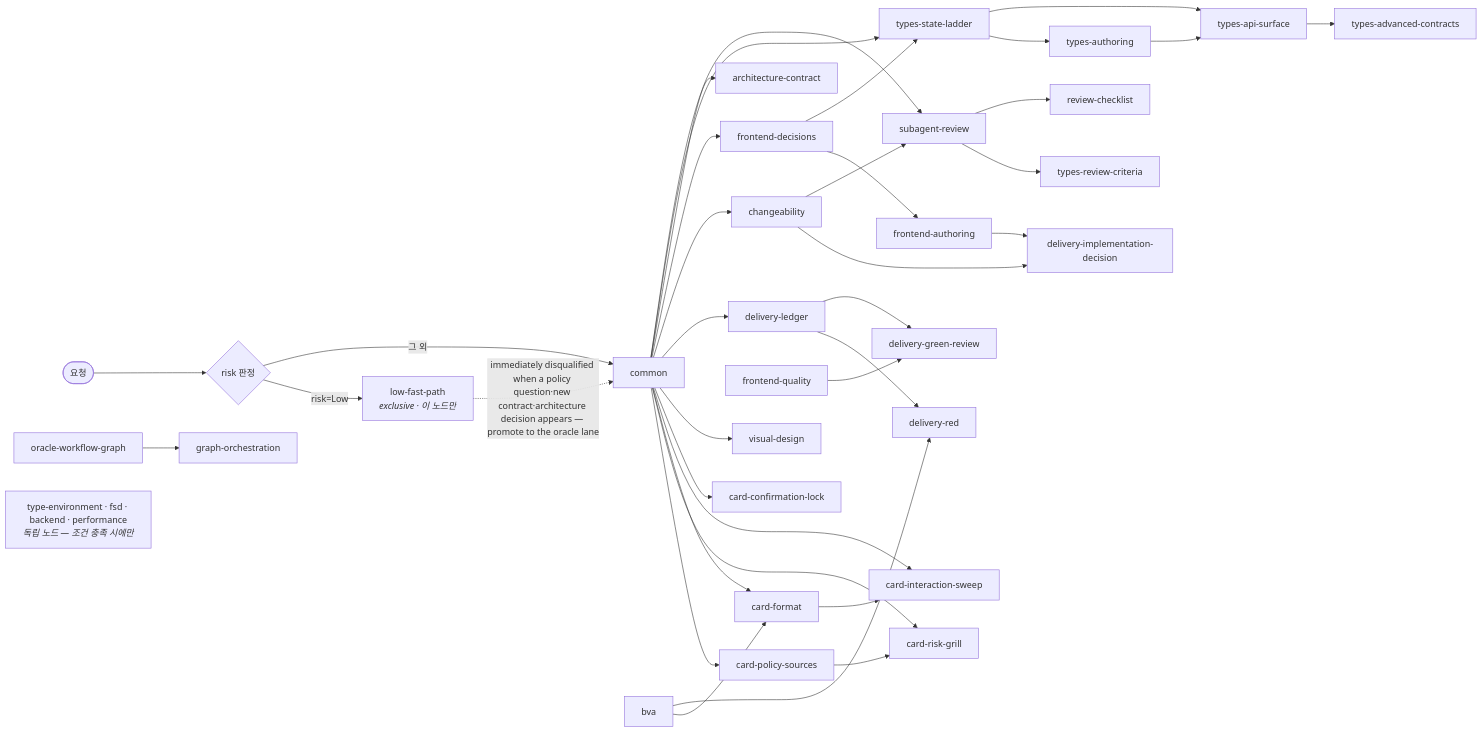
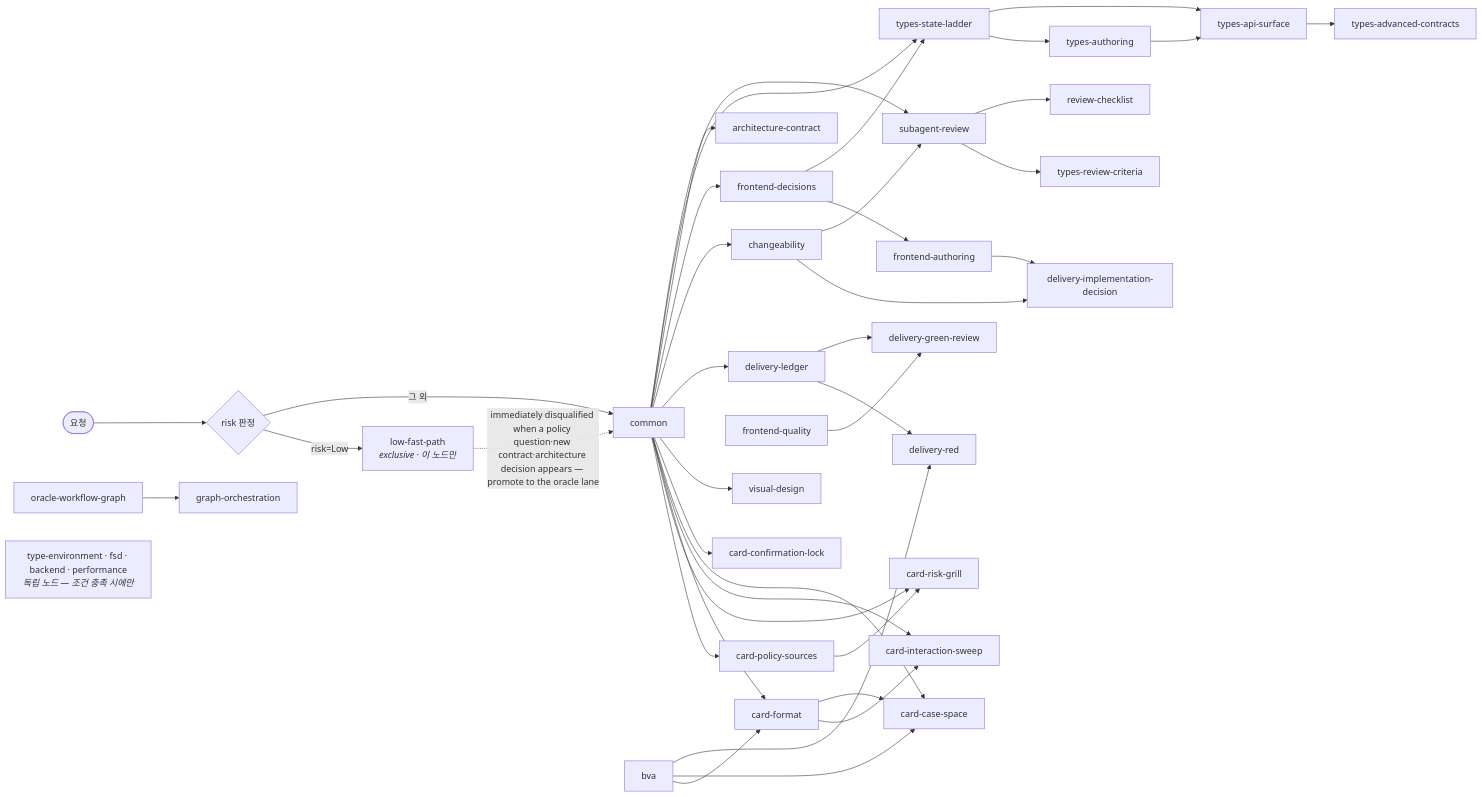
Before and after one commit to lodado/shareds: the second of 2 diagrams in packages/frontend-oracle-design/skills/README.md, drawn with Mermaid. The commit also changed 21 other files, not shown here.

First line of the commit message:
feat(oracle-design, test, visual-qa): case-space frames — machine enumeration, family taxonomy

````diff
--- a/packages/frontend-oracle-design/skills/README.md
+++ b/packages/frontend-oracle-design/skills/README.md
@@ -102,64 +102,68 @@
 ```mermaid
 flowchart LR
   START(["요청"]) --> RISK{"risk 판정"}
   RISK -->|"risk=Low"| low_fast_path["low-fast-path<br/><i>exclusive · 이 노드만</i>"]
   low_fast_path -.->|"immediately disqualified when a policy question·new contract·architecture decision appears — promote to the oracle lane"| common
   RISK -->|"그 외"| common["common"]
 
   card_policy_sources["card-policy-sources"]
   card_risk_grill["card-risk-grill"]
   card_format["card-format"]
   card_interaction_sweep["card-interaction-sweep"]
+  card_case_space["card-case-space"]
   card_confirmation_lock["card-confirmation-lock"]
   visual_design["visual-design"]
   delivery_ledger["delivery-ledger"]
   delivery_red["delivery-red"]
   delivery_implementation_decision["delivery-implementation-decision"]
   delivery_green_review["delivery-green-review"]
   frontend_decisions["frontend-decisions"]
   frontend_authoring["frontend-authoring"]
   frontend_quality["frontend-quality"]
   architecture_contract["architecture-contract"]
   types_state_ladder["types-state-ladder"]
   types_authoring["types-authoring"]
   types_api_surface["types-api-surface"]
   types_advanced_contracts["types-advanced-contracts"]
   types_review_criteria["types-review-criteria"]
   subagent_review["subagent-review"]
   review_checklist["review-checklist"]
   graph_orchestration["graph-orchestration"]
   oracle_workflow_graph["oracle-workflow-graph"]
 
   common --> card_policy_sources
   common --> card_risk_grill
   card_policy_sources --> card_risk_grill
   common --> card_format
   bva --> card_format
   common --> card_interaction_sweep
   card_format --> card_interaction_sweep
+  common --> card_case_space
+  bva --> card_case_space
+  card_format --> card_case_space
   common --> card_confirmation_lock
   common --> visual_design
   common --> delivery_ledger
   delivery_ledger --> delivery_red
   bva --> delivery_red
   changeability --> delivery_implementation_decision
   frontend_authoring --> delivery_implementation_decision
   delivery_ledger --> delivery_green_review
   frontend_quality --> delivery_green_review
   common --> changeability
   common --> frontend_decisions
   frontend_decisions --> frontend_authoring
   common --> architecture_contract
   common --> types_state_ladder
   frontend_decisions --> types_state_ladder
   types_state_ladder --> types_authoring
   types_state_ladder --> types_api_surface
   types_authoring --> types_api_surface
   types_api_surface --> types_advanced_contracts
   subagent_review --> types_review_criteria
   common --> subagent_review
   changeability --> subagent_review
   subagent_review --> review_checklist
   oracle_workflow_graph --> graph_orchestration
   IND["type-environment · fsd · backend · performance<br/><i>독립 노드 — 조건 충족 시에만</i>"]
 ```
````
